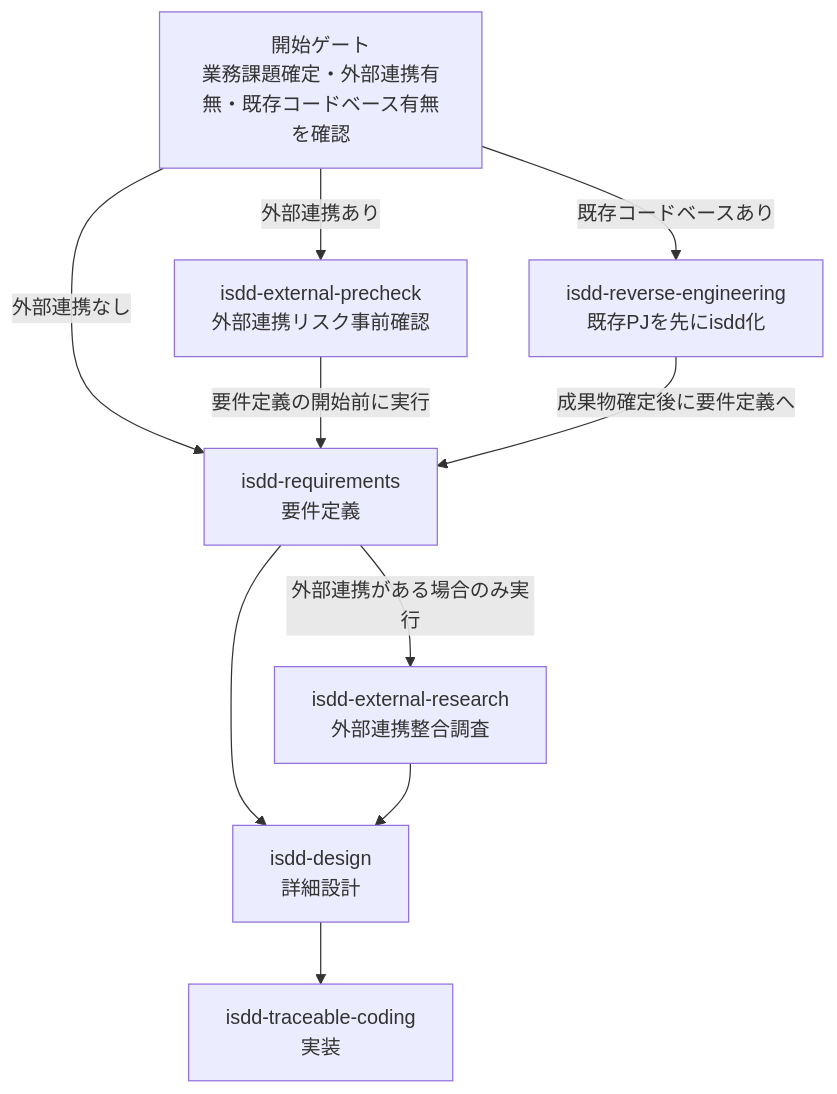
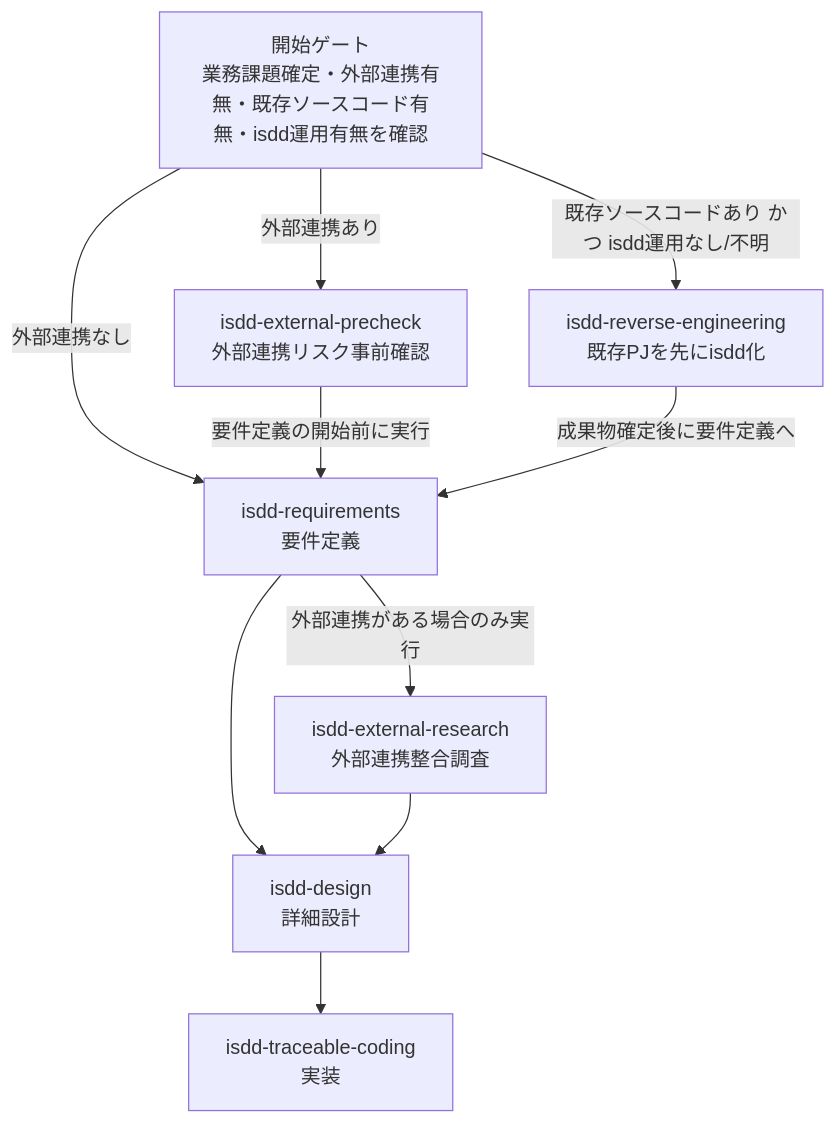
The first of 3 diagrams in .claude/skills/README.md (notfolder/isdd), drawn with Mermaid before and after one commit. The commit also changed other lines of this file and 1 other file, not shown here.

Commit message:
feat: 要件定義スキルの質問内容を更新し、既存ソースコードの確認条件を明確化

````diff
--- a/.claude/skills/README.md
+++ b/.claude/skills/README.md
@@ -37,20 +37,20 @@
 ```mermaid
 graph TD
-    G1[開始ゲート\n業務課題確定・外部連携有無・既存コードベース有無を確認]
+    G1[開始ゲート\n業務課題確定・外部連携有無・既存ソースコード有無・isdd運用有無を確認]
     PRE[isdd-external-precheck\n外部連携リスク事前確認]
     REV1[isdd-reverse-engineering\n既存PJを先にisdd化]
     REQ[isdd-requirements\n要件定義]
     EX[isdd-external-research\n外部連携整合調査]
     DES[isdd-design\n詳細設計]
     COD[isdd-traceable-coding\n実装]
 
     G1 -->|外部連携あり| PRE
     G1 -->|外部連携なし| REQ
-    G1 -->|既存コードベースあり| REV1
+    G1 -->|既存ソースコードあり かつ isdd運用なし/不明| REV1
     PRE -->|要件定義の開始前に実行| REQ
     REV1 -->|成果物確定後に要件定義へ| REQ
     REQ --> DES
     REQ -->|外部連携がある場合のみ実行| EX
     EX --> DES
     DES --> COD
 ```
````
